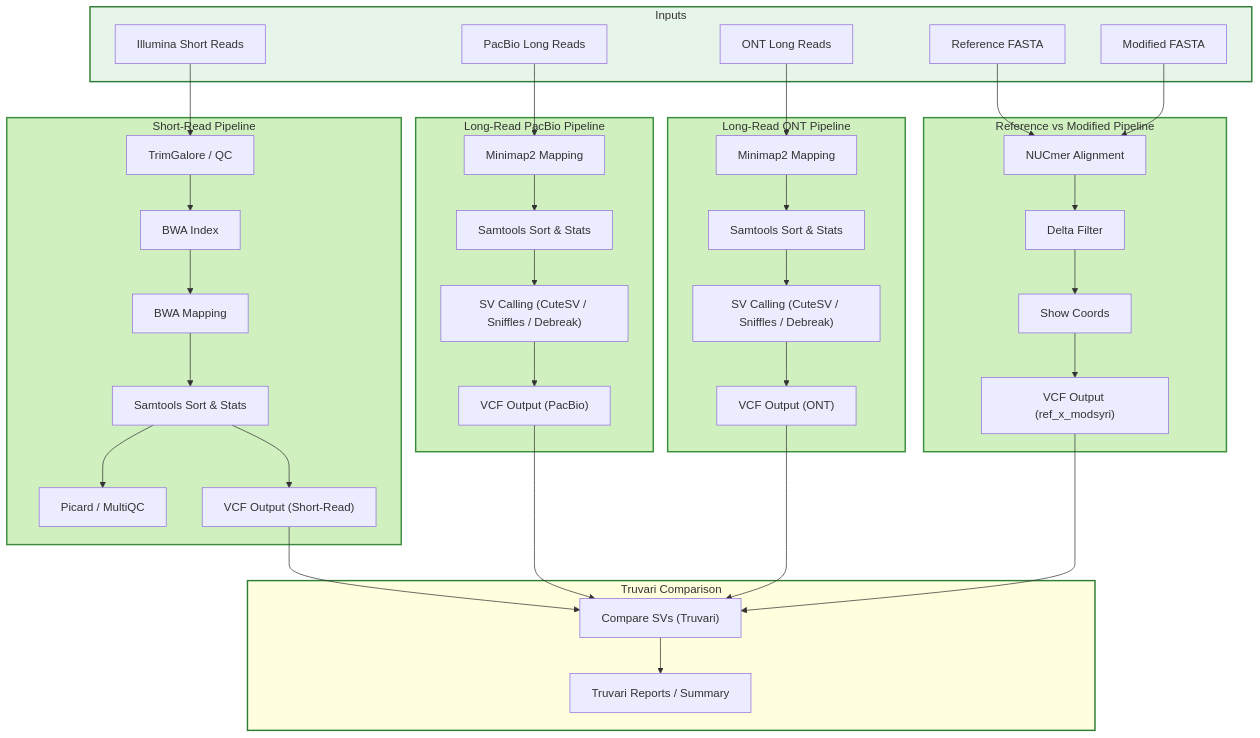
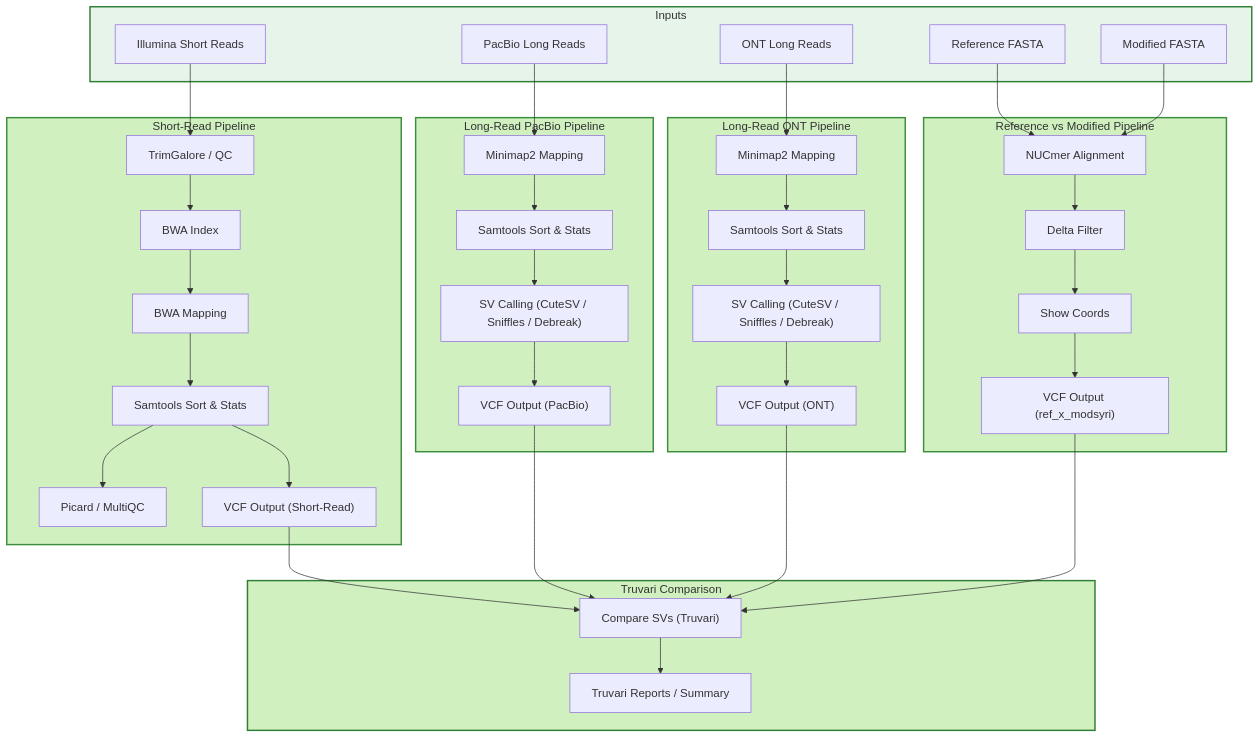
The diagram in README.md (denisHanch/efsa_pipeline), drawn with Mermaid before and after one commit. The commit also changed other lines of this file, not shown here.

Commit message:
EFSA-79: fix graphical representation

````diff
--- a/README.md
+++ b/README.md
@@ -729,61 +729,61 @@
 ```mermaid
 flowchart TD
     %% Inputs
     subgraph Inputs
         illumina["Illumina Short Reads"]
         pacbio["PacBio Long Reads"]
         ont["ONT Long Reads"]
         ref_fasta["Reference FASTA"]
         mod_fasta["Modified FASTA"]
     end
     style Inputs fill:#E6F4EA,stroke:#2E7D32,stroke-width:2px
 
     %% Short-read pipeline
     subgraph ShortReadPipeline["Short-Read Pipeline"]
         illumina --> trimgalore["TrimGalore / QC"]
         trimgalore --> bwa_index["BWA Index"]
         bwa_index --> bwa_map["BWA Mapping"]
         bwa_map --> samtools_sort["Samtools Sort & Stats"]
         samtools_sort --> picard["Picard / MultiQC"]
         samtools_sort --> sr_vcf["VCF Output (Short-Read)"]
     end
     style ShortReadPipeline fill:#D0F0C0,stroke:#388E3C,stroke-width:2px
 
     %% Long-read PacBio pipeline
     subgraph LongReadPacBio["Long-Read PacBio Pipeline"]
         pacbio --> minimap2_pb["Minimap2 Mapping"]
         minimap2_pb --> samtools_sort_pb["Samtools Sort & Stats"]
         samtools_sort_pb --> pb_sv["SV Calling (CuteSV / Sniffles / Debreak)"]
         pb_sv --> pb_vcf["VCF Output (PacBio)"]
     end
     style LongReadPacBio fill:#D0F0C0,stroke:#388E3C,stroke-width:2px
 
     %% Long-read ONT pipeline
     subgraph LongReadONT["Long-Read ONT Pipeline"]
         ont --> minimap2_ont["Minimap2 Mapping"]
         minimap2_ont --> samtools_sort_ont["Samtools Sort & Stats"]
         samtools_sort_ont --> ont_sv["SV Calling (CuteSV / Sniffles / Debreak)"]
         ont_sv --> ont_vcf["VCF Output (ONT)"]
     end
     style LongReadONT fill:#D0F0C0,stroke:#388E3C,stroke-width:2px
 
     %% Reference vs Modified pipeline
     subgraph RefVsMod["Reference vs Modified Pipeline"]
         ref_fasta --> nucmer["NUCmer Alignment"]
         mod_fasta --> nucmer
         nucmer --> delta_filter["Delta Filter"]
         delta_filter --> show_coords["Show Coords"]
         show_coords --> syri_vcf["VCF Output (ref_x_modsyri)"]
     end
     style RefVsMod fill:#D0F0C0,stroke:#388E3C,stroke-width:2px
 
     %% Truvari comparison
     subgraph Truvari["Truvari Comparison"]
         sr_vcf --> truvari["Compare SVs (Truvari)"]
         pb_vcf --> truvari
         ont_vcf --> truvari
         syri_vcf --> truvari
         truvari --> final_report["Truvari Reports / Summary"]
     end
-    style Truvari fill:95D980,stroke:#2E7D32,stroke-width:2px
+    style Truvari fill:#D0F0C0,stroke:#2E7D32,stroke-width:2px
 ```
````
